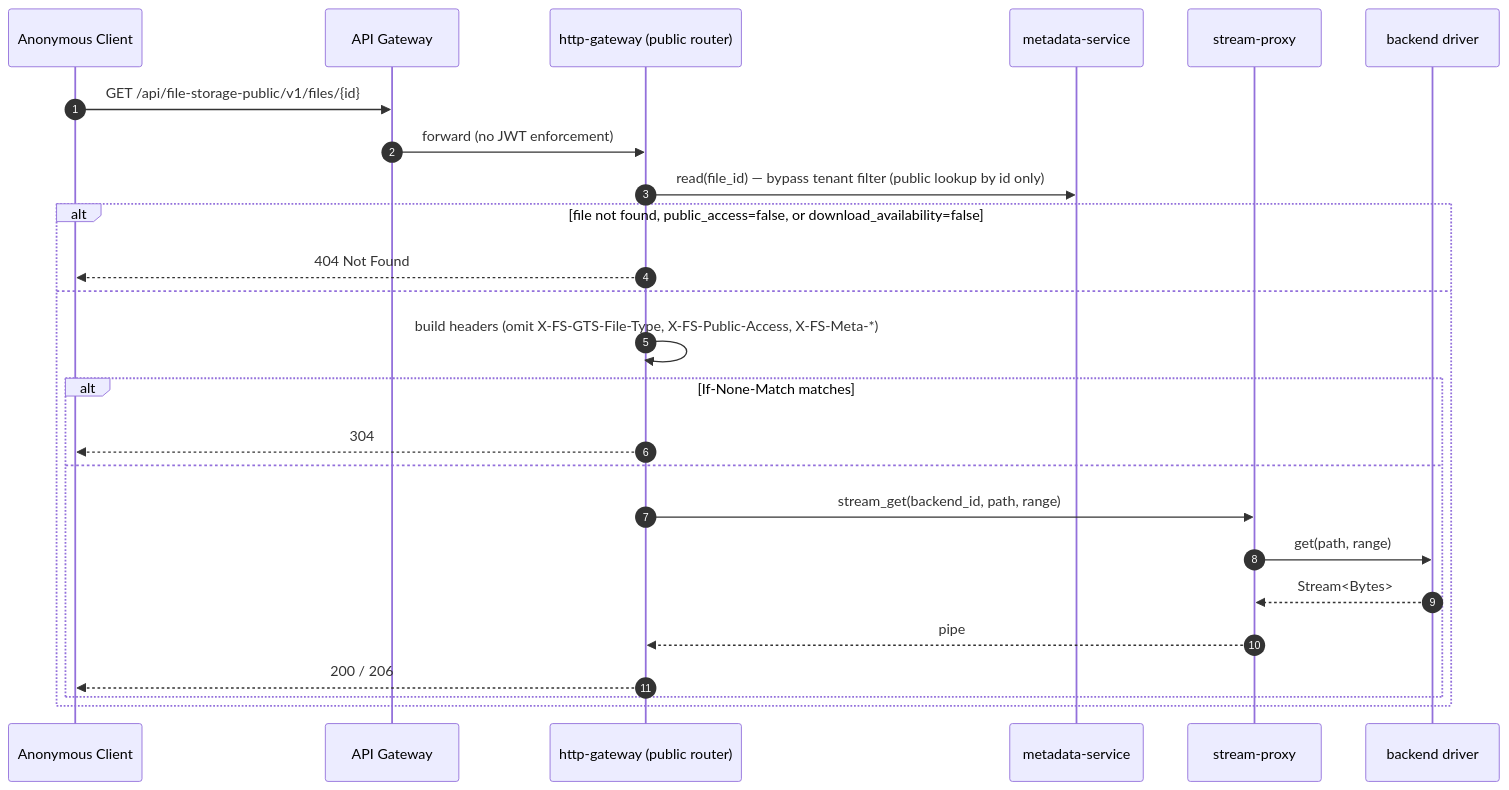
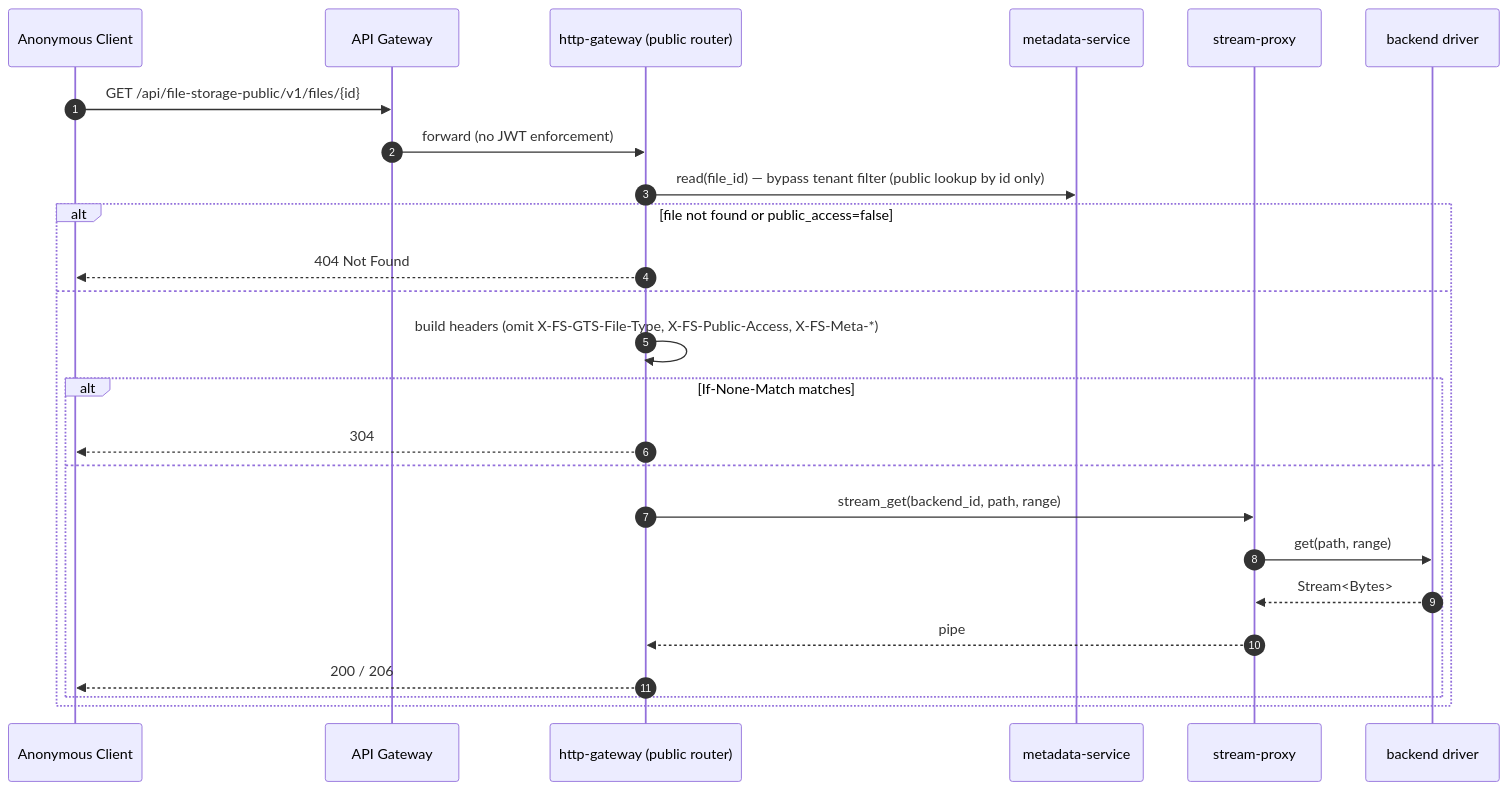
One commit to constructorfabric/gears-rust changed the seventh of 8 diagrams in modules/file-storage/docs/DESIGN.md. Above: the diagram before and after it, drawn with Mermaid. The commit also changed other lines of this file and 3 other files, not shown here.

````diff
--- a/modules/file-storage/docs/DESIGN.md
+++ b/modules/file-storage/docs/DESIGN.md
@@ -768,28 +778,28 @@
 ```mermaid
 sequenceDiagram
     autonumber
     participant C as Anonymous Client
     participant AGW as API Gateway
     participant HGW as http-gateway (public router)
     participant MS as metadata-service
     participant SP as stream-proxy
     participant BA as backend driver
 
     C->>AGW: GET /api/file-storage-public/v1/files/{id}
     AGW->>HGW: forward (no JWT enforcement)
     HGW->>MS: read(file_id) — bypass tenant filter (public lookup by id only)
-    alt file not found, public_access=false, or download_availability=false
+    alt file not found or public_access=false
         HGW-->>C: 404 Not Found
     else
         HGW->>HGW: build headers (omit X-FS-GTS-File-Type, X-FS-Public-Access, X-FS-Meta-*)
         alt If-None-Match matches
             HGW-->>C: 304
         else
             HGW->>SP: stream_get(backend_id, path, range)
             SP->>BA: get(path, range)
             BA-->>SP: Stream<Bytes>
             SP-->>HGW: pipe
             HGW-->>C: 200 / 206
         end
     end
 ```
````
